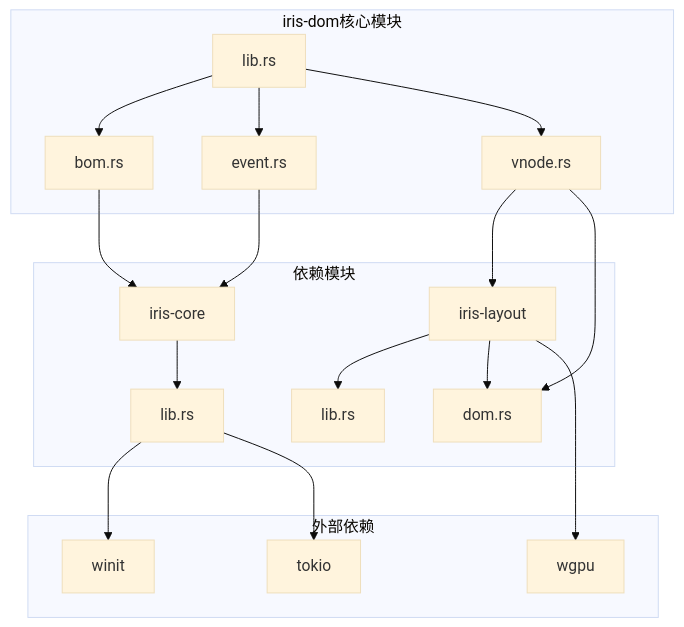
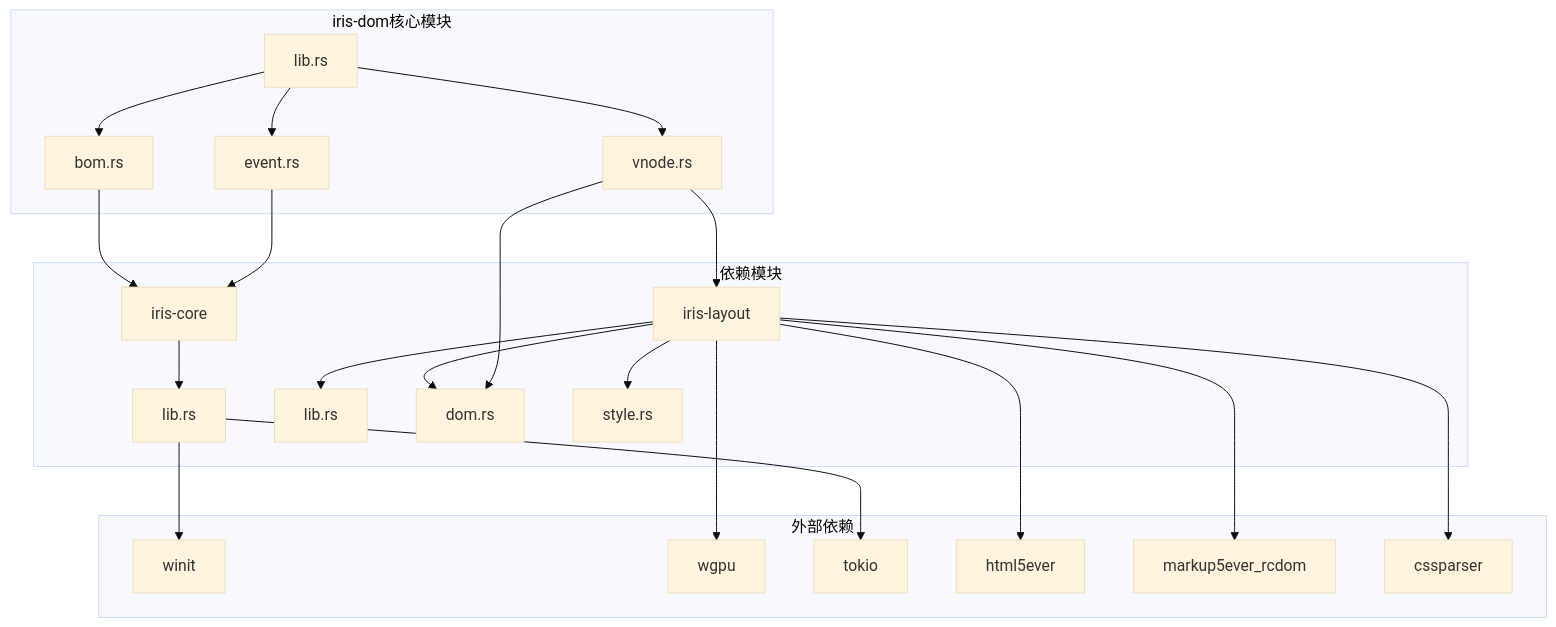
One commit to itszzl-sudo/iris changed the first of 11 diagrams in .qoder/repowiki/zh/content/技术架构详解/跨端抽象层/iris-dom浏览器对象模型(BOM).md. Above: the diagram before and after it, drawn with Mermaid (base theme). The commit also changed other lines of this file and 10 other files, not shown here.

````diff
--- a/.qoder/repowiki/zh/content/技术架构详解/跨端抽象层/iris-dom浏览器对象模型(BOM).md
+++ b/.qoder/repowiki/zh/content/技术架构详解/跨端抽象层/iris-dom浏览器对象模型(BOM).md
@@ -41,25 +52,32 @@
 ```mermaid
 graph TB
 subgraph "iris-dom核心模块"
 A[lib.rs] --> B[bom.rs]
 A --> C[event.rs]
 A --> D[vnode.rs]
 end
 subgraph "依赖模块"
 E[iris-core] --> F[lib.rs]
 G[iris-layout] --> H[lib.rs]
 G --> I[dom.rs]
+G --> J[style.rs]
 end
 subgraph "外部依赖"
-J[winit]
-K[wgpu]
-L[tokio]
+K[winit]
+L[wgpu]
+M[tokio]
+N[html5ever]
+O[markup5ever_rcdom]
+P[cssparser]
 end
 B --> E
 C --> E
 D --> G
 D --> I
-F --> J
-F --> L
-G --> K
+F --> K
+F --> M
+G --> L
+G --> N
+G --> O
+G --> P
 ```
````
